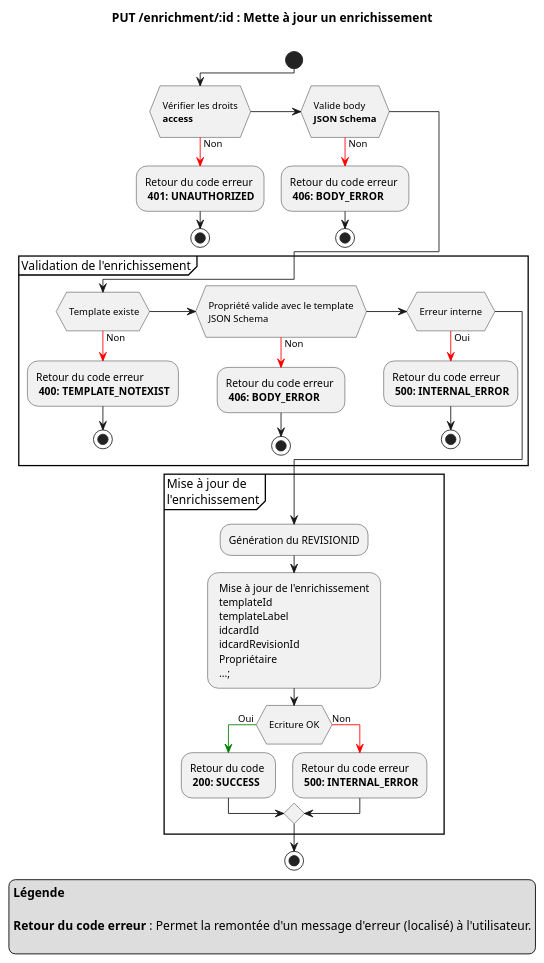
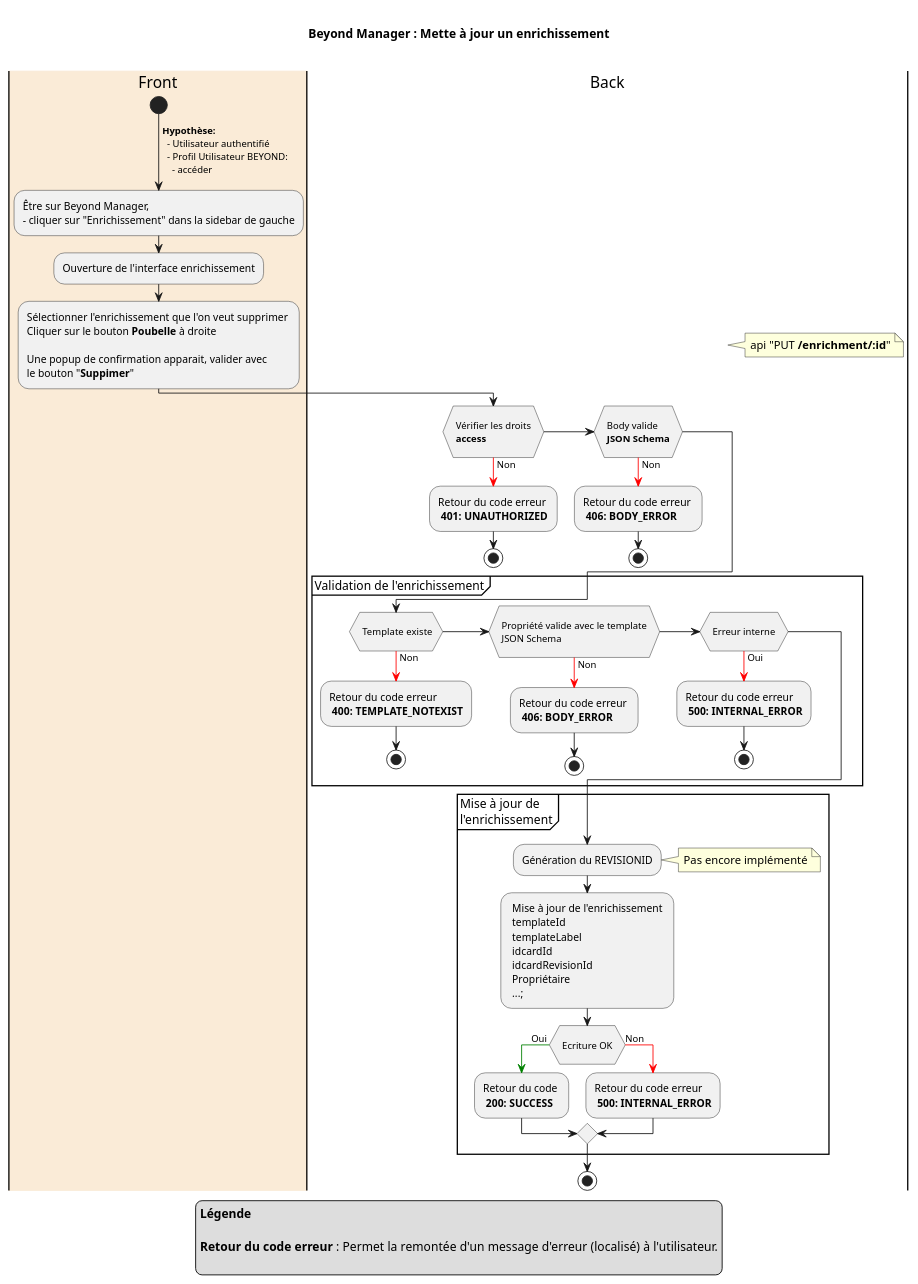
One commit to cogirep/documentation changed the diagram in 01.byd-DataFactory/1.ArchitectureDossier/images/enrichment_update.puml. Above: the diagram before and after it, drawn with PlantUML. The commit also changed 22 other files, not shown here.

Commit message:
doc: activity diagram idcard and enrichment

```diff
--- a/01.byd-DataFactory/1.ArchitectureDossier/images/enrichment_update.puml
+++ b/01.byd-DataFactory/1.ArchitectureDossier/images/enrichment_update.puml
@@ -1,57 +1,72 @@
-@startuml
+@startuml enrichment_update
 
 title
-PUT **/enrichment/:id** : Mette à jour un enrichissement
+
+Beyond Manager : Mette à jour un enrichissement
 
 end title
 
+|#AntiqueWhite| Front |
 start
+->  **Hypothèse:** \n  - Utilisateur authentifié \n  - Profil Utilisateur BEYOND:  \n    - accéder ;
+
+-Être sur Beyond Manager, \n- cliquer sur "Enrichissement" dans la sidebar de gauche
+-Ouverture de l'interface enrichissement
+-Sélectionner l'enrichissement que l'on veut supprimer \nCliquer sur le bouton **Poubelle** à droite \n\nUne popup de confirmation apparait, valider avec \nle bouton "**Suppimer**"
+
+| Back |
+note right
+  api "PUT **/enrichment/:id**"
+end note
 if ( \n Vérifier les droits \n **access** \n)
 -[#red]-> Non ;
 -Retour du code erreur \n **401: UNAUTHORIZED**
 stop
 
-elseif ( \n Valide body \n **JSON Schema** \n )
+elseif ( \n Body valide \n **JSON Schema** \n )
 -[#red]-> Non ;
 -Retour du code erreur \n **406: BODY_ERROR**
 stop
 endif
 
 partition "Validation de l'enrichissement" {
     if ( \n Template existe\n )
     -[#red]-> Non ;
     -Retour du code erreur \n **400: TEMPLATE_NOTEXIST**
     stop
     elseif ( \n Propriété valide avec le template \n JSON Schema \n )
     -[#red]-> Non ;
     -Retour du code erreur \n **406: BODY_ERROR**
     stop
 
     elseif ( \n Erreur interne \n )
     -[#red]-> Oui ;
     -Retour du code erreur \n **500: INTERNAL_ERROR**
     stop
     endif
 }
 
 partition "Mise à jour de \nl'enrichissement" {
     -Génération du REVISIONID
+    note right
+      Pas encore implémenté
+    end note
     - Mise à jour de l'enrichissement \n templateId \n templateLabel \n idcardId \n idcardRevisionId \n Propriétaire \n ...;
     if ( \n Ecriture OK \n )
     -[#green]-> Oui ;
     -Retour du code \n **200: SUCCESS**
     else
     -[#red]-> Non ;
     -Retour du code erreur \n **500: INTERNAL_ERROR**
     endif
 }
 stop
 
 legend 
 **Légende**
 
 **Retour du code erreur** : Permet la remontée d'un message d'erreur (localisé) à l'utilisateur.
 
 endlegend
 
 @enduml
```
